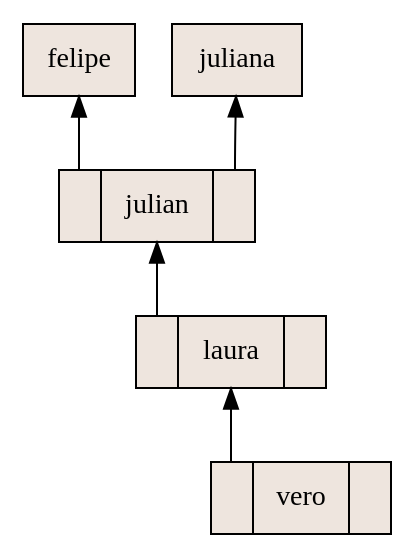
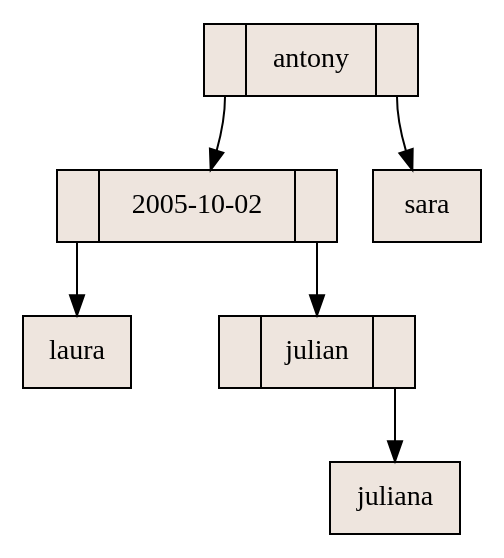
Before and after one commit to antonybotello/Estructuras-de-Datos: the diagram in 11-JUL/proyectos/abb-rodriguez/aux_grafico.dot, drawn with Graphviz. The commit also changed 3 other files, not shown here.

```diff
--- a/11-JUL/proyectos/abb-rodriguez/aux_grafico.dot
+++ b/11-JUL/proyectos/abb-rodriguez/aux_grafico.dot
@@ -1,13 +1,15 @@
 digraph grafica{
-rankdir=BT;
+rankdir=TB;
 node [shape = record, style=filled, fillcolor=seashell2];
-nodo1 [ label ="<C0>|vero|<C1>"];
-nodo4 [ label ="<C0>|laura|<C1>"];
-nodo5 [ label ="<C0>|julian|<C1>"];
-nodo7 [ label ="felipe"];
-nodo5:C0->nodo7
-nodo6 [ label ="juliana"];
-nodo5:C1->nodo6
+nodo1 [ label ="<C0>|antony|<C1>"];
+nodo4 [ label ="<C0>|2005-10-02|<C1>"];
+nodo5 [ label ="laura"];
 nodo4:C0->nodo5
+nodo6 [ label ="<C0>|julian|<C1>"];
+nodo8 [ label ="juliana"];
+nodo6:C1->nodo8
+nodo4:C1->nodo6
 nodo1:C0->nodo4
+nodo7 [ label ="sara"];
+nodo1:C1->nodo7
 }
```
